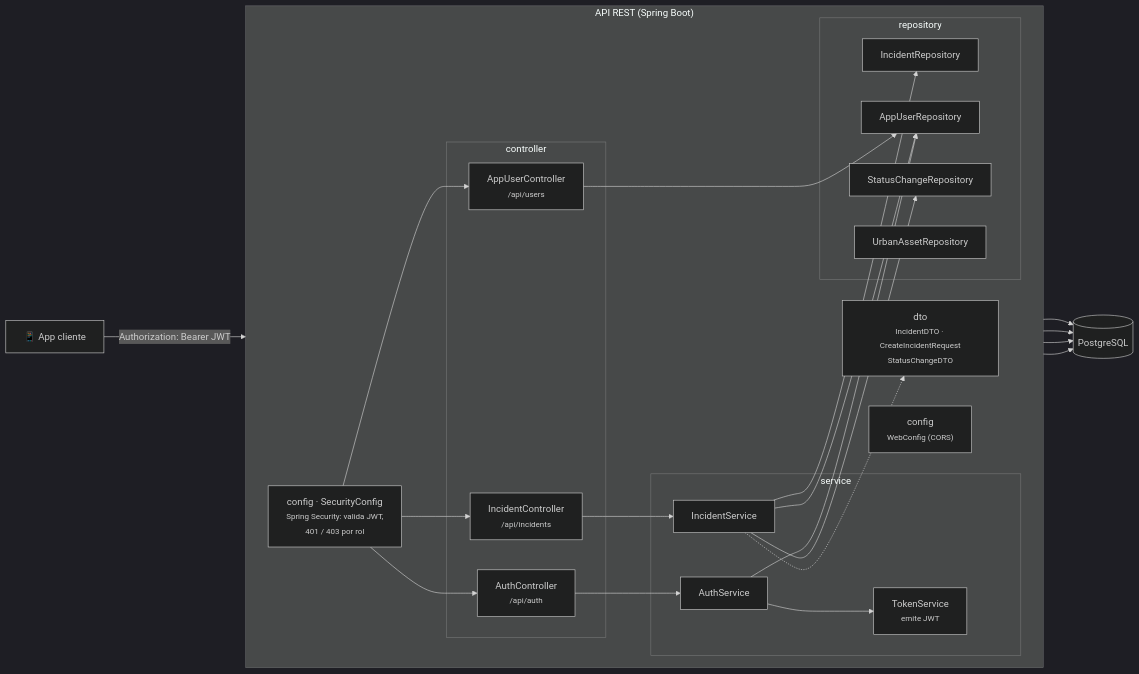
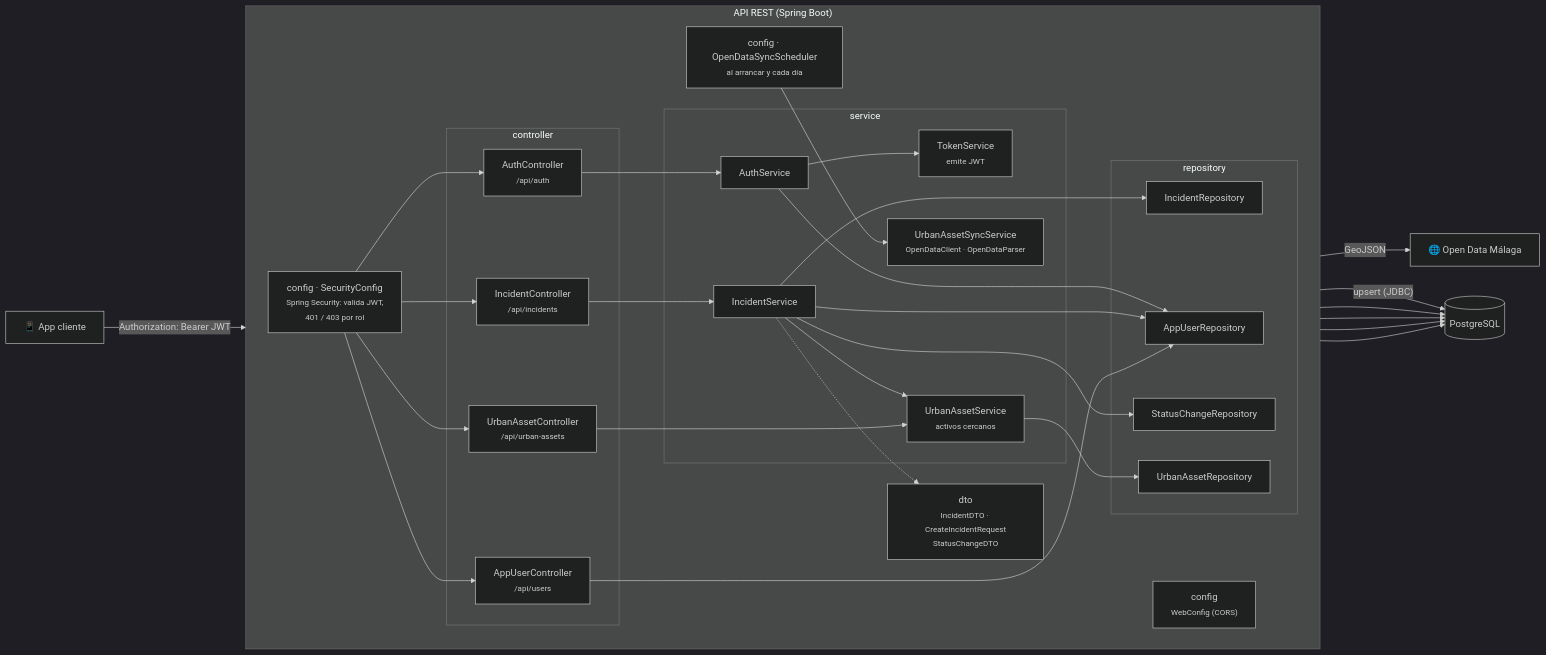
The third of 6 diagrams in docs/architecture.md (JANUEVE5/UrbanPulse), drawn with Mermaid (dark theme) before and after one commit. The commit also changed other lines of this file and 6 other files, not shown here.

Commit message:
docs: ADR-015 y documentación de los activos urbanos de Open Data

````diff
--- a/docs/architecture.md
+++ b/docs/architecture.md
@@ -108,39 +109,49 @@
 ```mermaid
 flowchart LR
     client["📱 App cliente"]
 
     subgraph api["API REST (Spring Boot)"]
         direction LR
         subgraph web["controller"]
             ac["AuthController<br/><small>/api/auth</small>"]
             ic["IncidentController<br/><small>/api/incidents</small>"]
             uc["AppUserController<br/><small>/api/users</small>"]
+            uac["UrbanAssetController<br/><small>/api/urban-assets</small>"]
         end
         subgraph svc["service"]
             as["AuthService"]
             ts["TokenService<br/><small>emite JWT</small>"]
             is["IncidentService"]
+            uas["UrbanAssetService<br/><small>activos cercanos</small>"]
+            sync["UrbanAssetSyncService<br/><small>OpenDataClient · OpenDataParser</small>"]
         end
         subgraph repo["repository"]
             ir["IncidentRepository"]
             sr["StatusChangeRepository"]
             ur["AppUserRepository"]
             ar["UrbanAssetRepository"]
         end
         dto["dto<br/><small>IncidentDTO · CreateIncidentRequest<br/>StatusChangeDTO</small>"]
         sec["config · SecurityConfig<br/><small>Spring Security: valida JWT,<br/>401 / 403 por rol</small>"]
         cfg["config<br/><small>WebConfig (CORS)</small>"]
+        sched["config · OpenDataSyncScheduler<br/><small>al arrancar y cada día</small>"]
     end
 
     db[("PostgreSQL")]
+    odm["🌐 Open Data Málaga"]
 
     client -- "Authorization: Bearer JWT" --> sec
-    sec --> ac & ic & uc
+    sec --> ac & ic & uc & uac
     ac --> as
     as --> ts & ur
     ic --> is
-    is --> ir & sr & ur
+    is --> ir & sr & ur & uas
+    uac --> uas
+    uas --> ar
+    sched --> sync
+    sync -- "GeoJSON" --> odm
+    sync -- "upsert (JDBC)" --> db
     uc --> ur
     is -.-> dto
     ir & sr & ur & ar --> db
 ```
````
